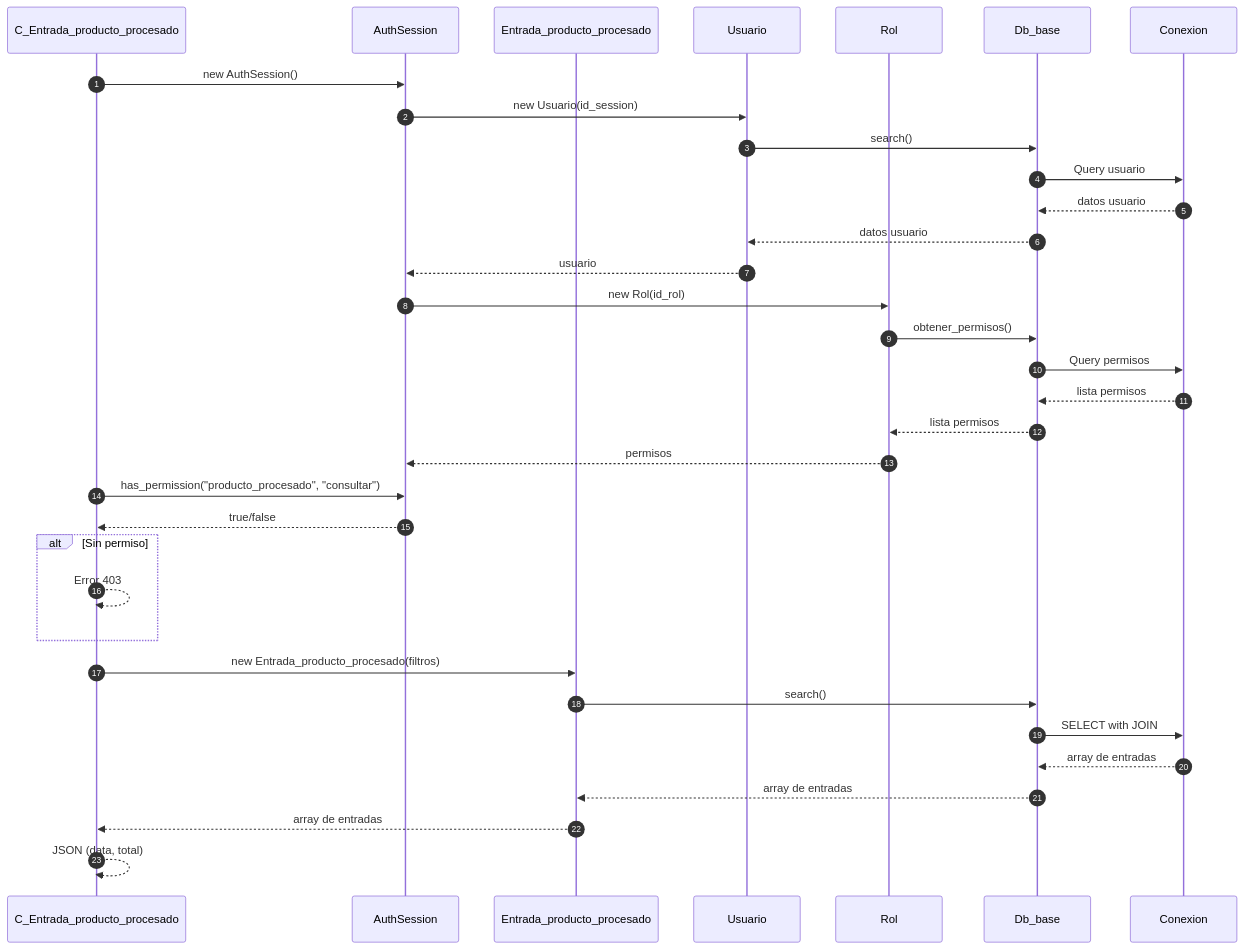
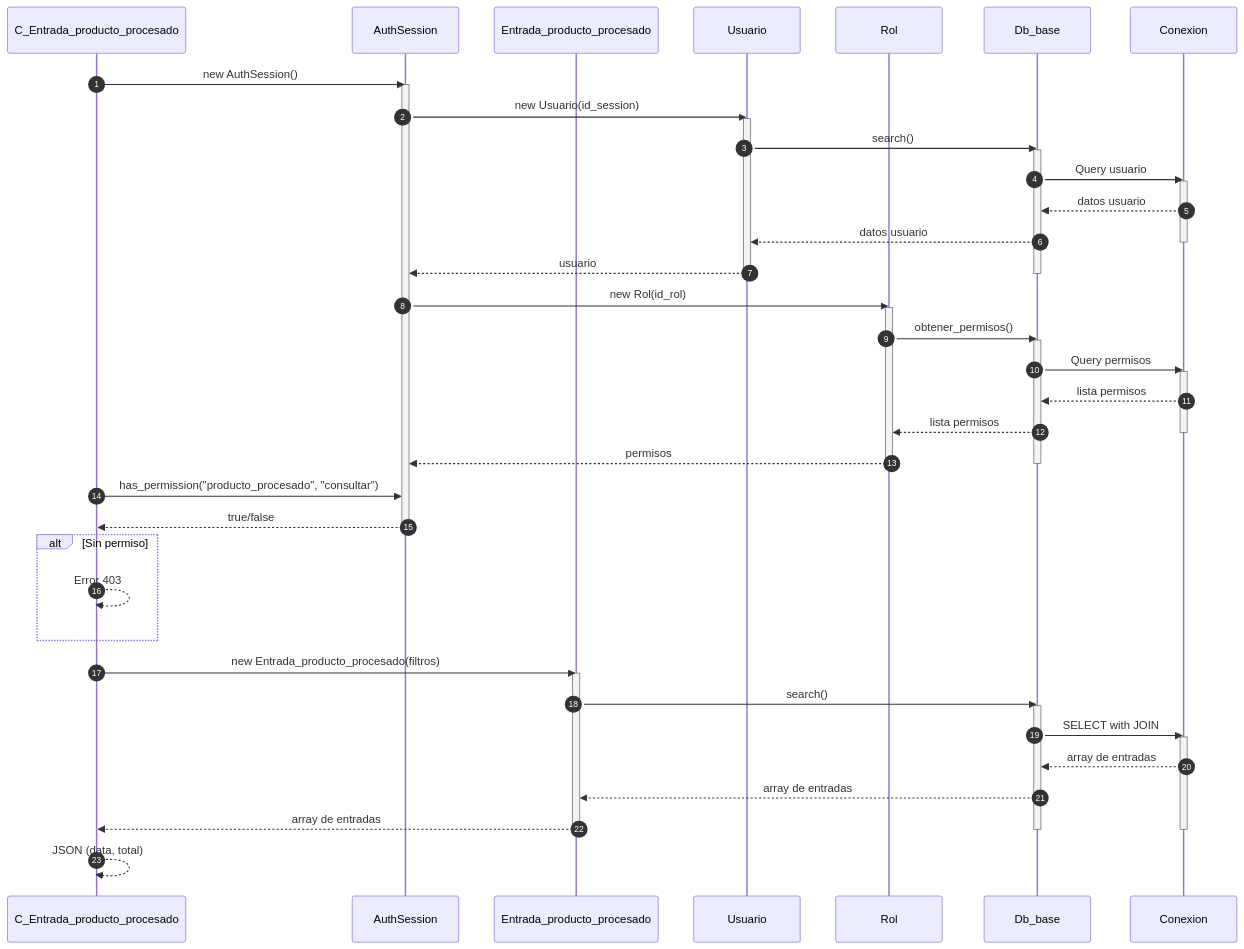
The third of 4 diagrams in docs/secuencia/productos/producto_procesado.md (Tecrato/BurgerHouse), drawn with Mermaid before and after one commit. The commit also changed other lines of this file and 16 other files, not shown here.

First line of the commit message:
Annotate mermaid sequences & throttle generator

````diff
--- a/docs/secuencia/productos/producto_procesado.md
+++ b/docs/secuencia/productos/producto_procesado.md
@@ -97,42 +145,62 @@
 ```mermaid
 sequenceDiagram
     autonumber
     participant C_Entrada_PP as C_Entrada_producto_procesado
     participant AuthSession as AuthSession
     participant Entrada_PP as Entrada_producto_procesado
     participant Usuario as Usuario
     participant Rol as Rol
     participant Db_base as Db_base
     participant Conexion as Conexion
     
     C_Entrada_PP->>AuthSession: new AuthSession()
+    activate AuthSession
     AuthSession->>Usuario: new Usuario(id_session)
+    activate Usuario
     Usuario->>Db_base: search()
+    activate Db_base
     Db_base->>Conexion: Query usuario
+    activate Conexion
     Conexion-->>Db_base: datos usuario
     Db_base-->>Usuario: datos usuario
+    deactivate Conexion
     Usuario-->>AuthSession: usuario
+    deactivate Usuario
+    deactivate Db_base
     
     AuthSession->>Rol: new Rol(id_rol)
+    activate Rol
     Rol->>Db_base: obtener_permisos()
+    activate Db_base
     Db_base->>Conexion: Query permisos
+    activate Conexion
     Conexion-->>Db_base: lista permisos
     Db_base-->>Rol: lista permisos
+    deactivate Conexion
     Rol-->>AuthSession: permisos
+    deactivate Rol
+    deactivate Db_base
     
     C_Entrada_PP->>AuthSession: has_permission("producto_procesado", "consultar")
     AuthSession-->>C_Entrada_PP: true/false
+    deactivate AuthSession
     
     alt Sin permiso
         C_Entrada_PP-->>C_Entrada_PP: Error 403
     end
     
     C_Entrada_PP->>Entrada_PP: new Entrada_producto_procesado(filtros)
+    activate Entrada_PP
     Entrada_PP->>Db_base: search()
+    activate Db_base
     Db_base->>Conexion: SELECT with JOIN
+    activate Conexion
     Conexion-->>Db_base: array de entradas
     Db_base-->>Entrada_PP: array de entradas
     Entrada_PP-->>C_Entrada_PP: array de entradas
+    deactivate Entrada_PP
+    deactivate Conexion
+    deactivate Db_base
     
     C_Entrada_PP-->>C_Entrada_PP: JSON (data, total)
 ```
````
